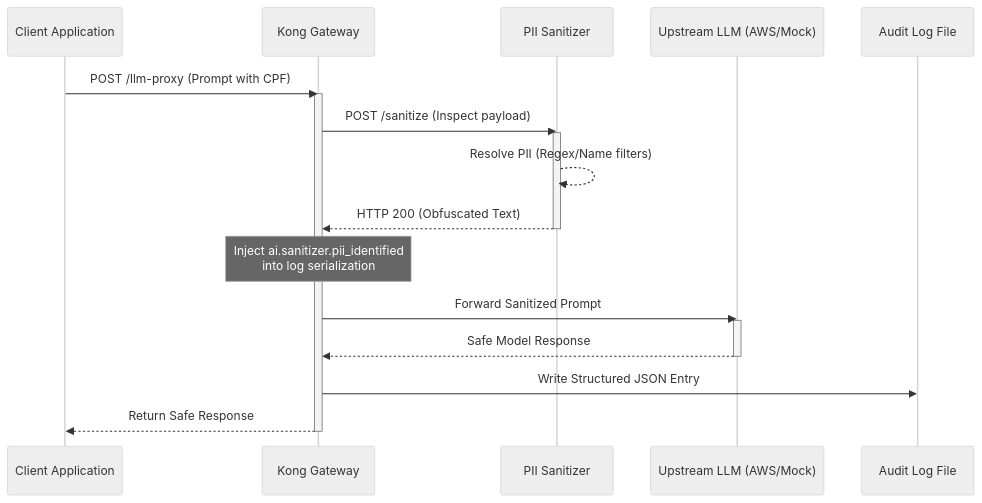
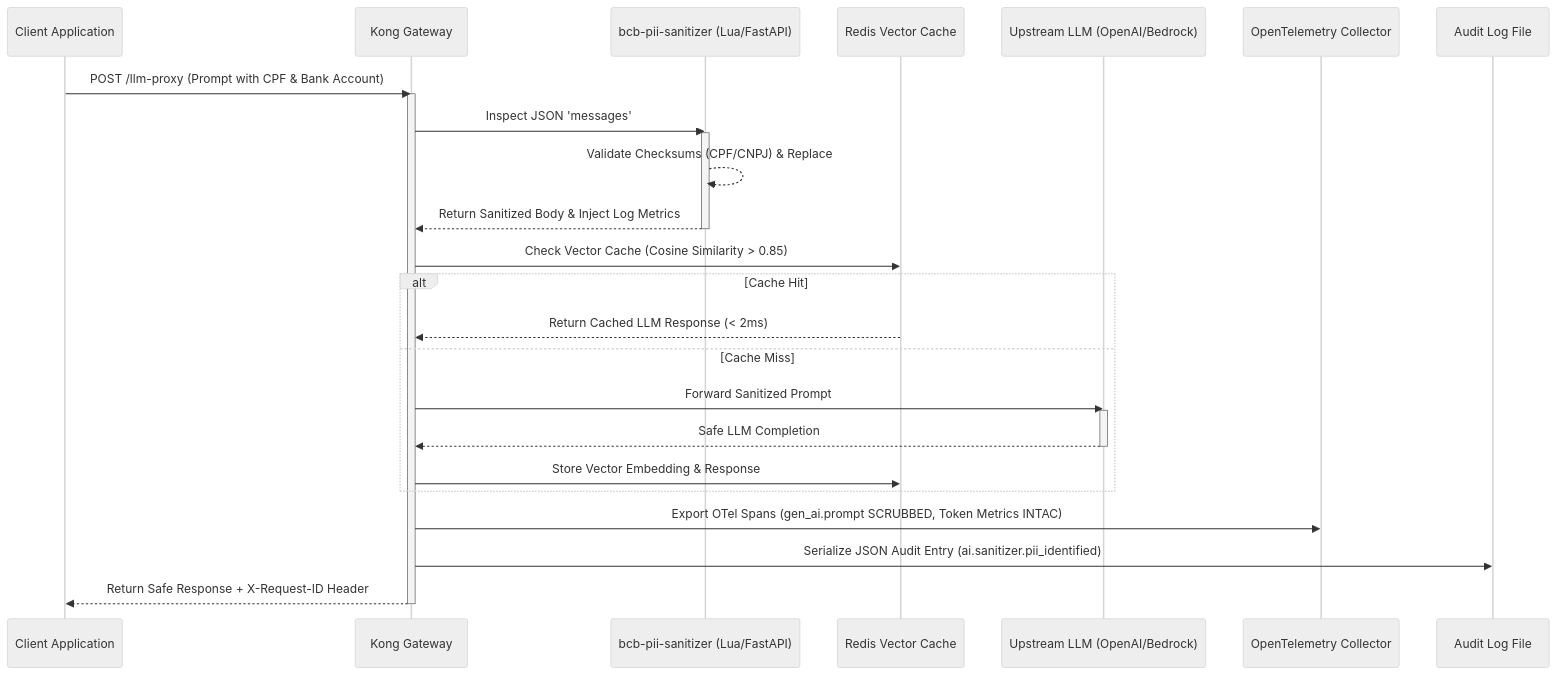
The second of 2 diagrams in README.md (vfcarida/kong-ai-gateway-bcb-compliance), drawn with Mermaid (neutral theme) before and after one commit. The commit also changed other lines of this file and 20 other files, not shown here.

````diff
--- a/README.md
+++ b/README.md
@@ -85,27 +98,34 @@
 ```mermaid
 sequenceDiagram
     participant App as Client Application
     participant Kong as Kong Gateway
-    participant PII as PII Sanitizer
-    participant LLM as Upstream LLM (AWS/Mock)
+    participant PII as bcb-pii-sanitizer (Lua/FastAPI)
+    participant Redis as Redis Vector Cache
+    participant LLM as Upstream LLM (OpenAI/Bedrock)
+    participant OTel as OpenTelemetry Collector
     participant Log as Audit Log File
 
-    App->>Kong: POST /llm-proxy (Prompt with CPF)
+    App->>Kong: POST /llm-proxy (Prompt with CPF & Bank Account)
     activate Kong
-    Kong->>PII: POST /sanitize (Inspect payload)
+    Kong->>PII: Inspect JSON 'messages'
     activate PII
-    PII-->>PII: Resolve PII (Regex/Name filters)
-    PII-->>Kong: HTTP 200 (Obfuscated Text)
+    PII-->>PII: Validate Checksums (CPF/CNPJ) & Replace
+    PII-->>Kong: Return Sanitized Body & Inject Log Metrics
     deactivate PII
-    
-    Note over Kong: Inject ai.sanitizer.pii_identified<br>into log serialization
-    
-    Kong->>LLM: Forward Sanitized Prompt
-    activate LLM
-    LLM-->>Kong: Safe Model Response
-    deactivate LLM
-    
-    Kong->>Log: Write Structured JSON Entry
-    Kong-->>App: Return Safe Response
+
+    Kong->>Redis: Check Vector Cache (Cosine Similarity > 0.85)
+    alt Cache Hit
+        Redis-->>Kong: Return Cached LLM Response (< 2ms)
+    else Cache Miss
+        Kong->>LLM: Forward Sanitized Prompt
+        activate LLM
+        LLM-->>Kong: Safe LLM Completion
+        deactivate LLM
+        Kong->>Redis: Store Vector Embedding & Response
+    end
+
+    Kong->>OTel: Export OTel Spans (gen_ai.prompt SCRUBBED, Token Metrics INTAC)
+    Kong->>Log: Serialize JSON Audit Entry (ai.sanitizer.pii_identified)
+    Kong-->>App: Return Safe Response + X-Request-ID Header
     deactivate Kong
 ```
````
